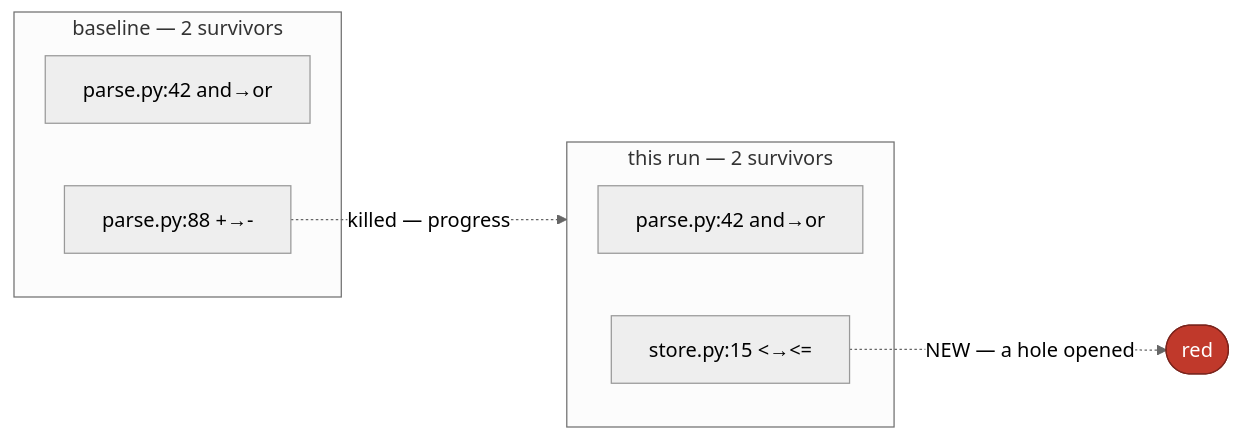
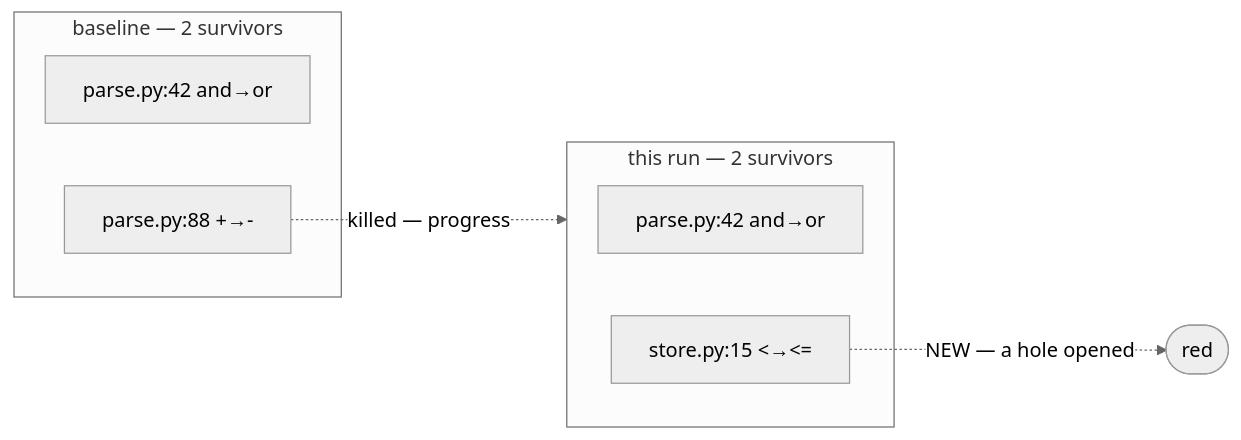
Before and after one commit to clintecker/celebrimbor: the second of 2 diagrams in docs/gate/ratchets.md, drawn with Mermaid (neutral theme). The commit also changed other lines of this file and 12 other files, not shown here.

First line of the commit message:
docs: fix diagram rendering — drop hardcoded mermaid colors, real table headers

````diff
--- a/docs/gate/ratchets.md
+++ b/docs/gate/ratchets.md
@@ -95,15 +91,13 @@
 ```mermaid
 flowchart LR
     subgraph last["baseline — 2 survivors"]
         L1["parse.py:42 and→or"]
         L2["parse.py:88 +→-"]
     end
     subgraph now["this run — 2 survivors"]
         N1["parse.py:42 and→or"]
         N2["store.py:15 <→<="]
     end
     L2 -. "killed — progress" .-> now
     N2 -. "NEW — a hole opened" .-> RED([red])
-    classDef red fill:#c0392b,stroke:#7b241c,color:#fff
-    class RED red
 ```
````
